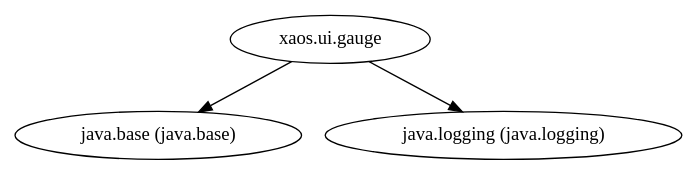
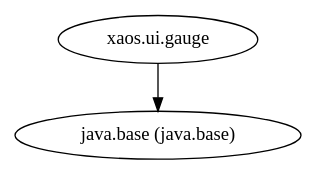
One commit to ESSICS/XAOS changed the diagram in xaos.ui.gauge.module/doc/module-dependencies.dot. Above: the diagram before and after it, drawn with Graphviz. The commit also changed 31 other files, not shown here.

```diff
--- a/xaos.ui.gauge.module/doc/module-dependencies.dot
+++ b/xaos.ui.gauge.module/doc/module-dependencies.dot
@@ -1,4 +1,3 @@
 digraph "summary" {
   "xaos.ui.gauge"                                    -> "java.base (java.base)";
-  "xaos.ui.gauge"                                    -> "java.logging (java.logging)";
 }
```
